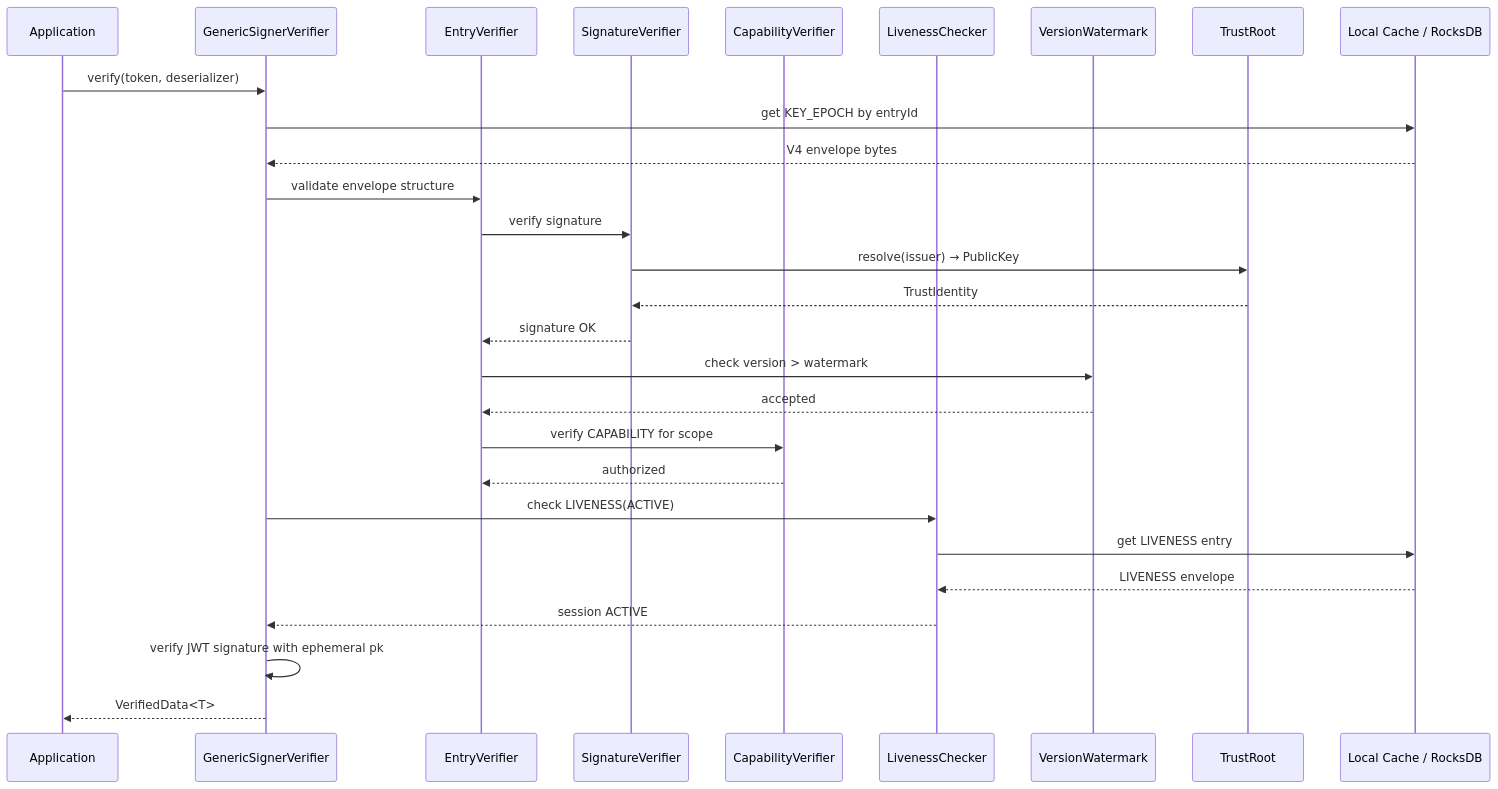
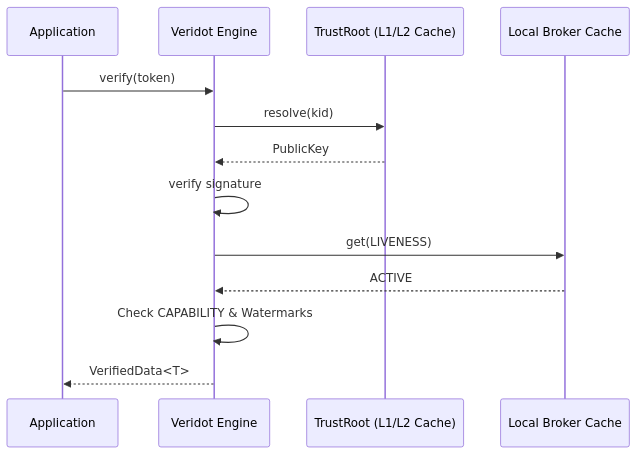
Before and after one commit to cyfko/veridot: the fourth of 4 diagrams in docs/docs/architecture/overview.md, drawn with Mermaid. The commit also changed other lines of this file and 84 other files, not shown here.

Commit message:
docs: complete Protocol V5 documentation rewrite (including premium diagrams)

````diff
--- a/docs/docs/architecture/overview.md
+++ b/docs/docs/architecture/overview.md
@@ -127,31 +110,16 @@
 ```mermaid
 sequenceDiagram
     participant App as Application
-    participant GSV as GenericSignerVerifier
-    participant EV as EntryVerifier
-    participant SV as SignatureVerifier
-    participant CV as CapabilityVerifier
-    participant LC as LivenessChecker
-    participant WM as VersionWatermark
-    participant TR as TrustRoot
-    participant Cache as Local Cache / RocksDB
+    participant Verifier as Veridot Engine
+    participant TR as TrustRoot (L1/L2 Cache)
+    participant Broker as Local Broker Cache
 
-    App->>GSV: verify(token, deserializer)
-    GSV->>Cache: get KEY_EPOCH by entryId
-    Cache-->>GSV: V4 envelope bytes
-    GSV->>EV: validate envelope structure
-    EV->>SV: verify signature
-    SV->>TR: resolve(issuer) → PublicKey
-    TR-->>SV: TrustIdentity
-    SV-->>EV: signature OK
-    EV->>WM: check version > watermark
-    WM-->>EV: accepted
-    EV->>CV: verify CAPABILITY for scope
-    CV-->>EV: authorized
-    GSV->>LC: check LIVENESS(ACTIVE)
-    LC->>Cache: get LIVENESS entry
-    Cache-->>LC: LIVENESS envelope
-    LC-->>GSV: session ACTIVE
-    GSV->>GSV: verify JWT signature with ephemeral pk
-    GSV-->>App: VerifiedData<T>
+    App->>Verifier: verify(token)
+    Verifier->>TR: resolve(kid)
+    TR-->>Verifier: PublicKey
+    Verifier->>Verifier: verify signature
+    Verifier->>Broker: get(LIVENESS)
+    Broker-->>Verifier: ACTIVE
+    Verifier->>Verifier: Check CAPABILITY & Watermarks
+    Verifier-->>App: VerifiedData<T>
 ```
````
